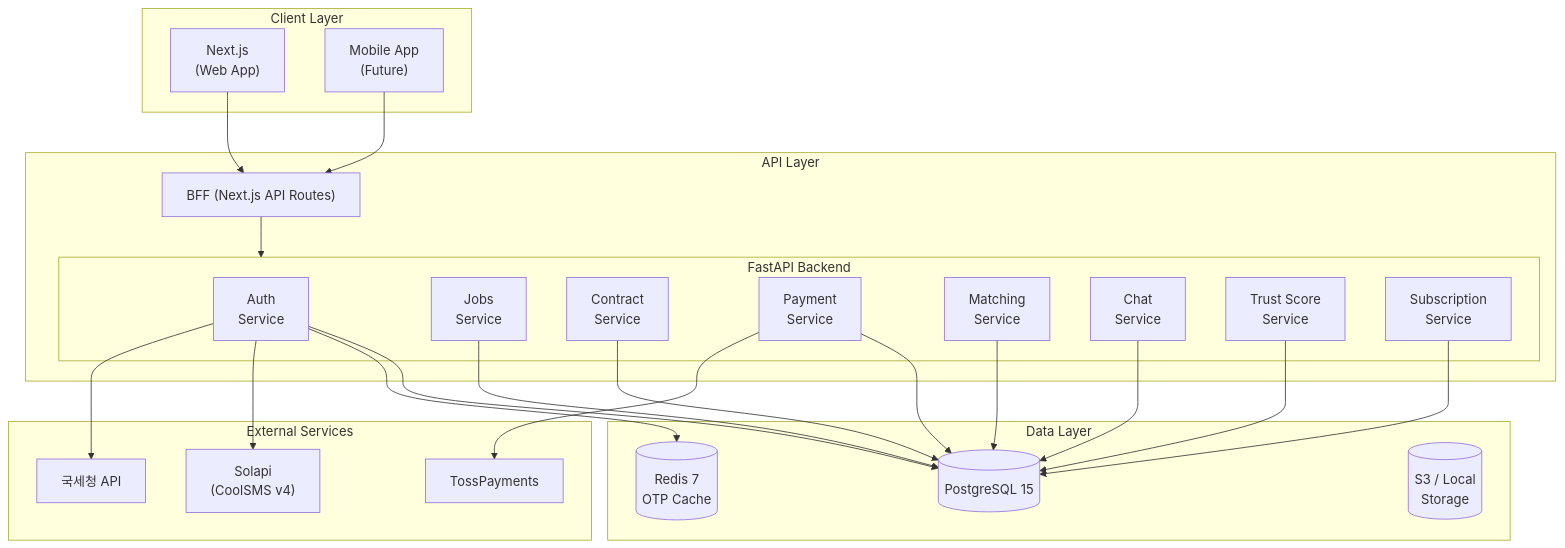
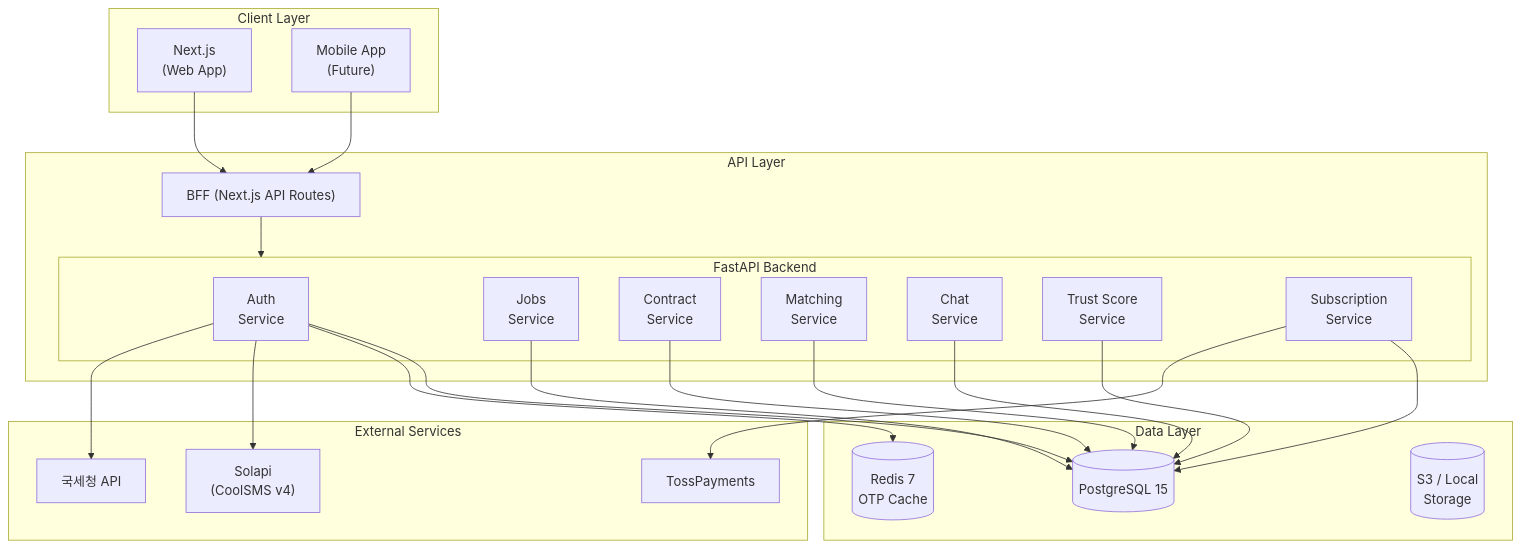
The first of 7 diagrams in README.md (MaduJoe/PilaMatch), drawn with Mermaid before and after one commit. The commit also changed other lines of this file and 1 other file, not shown here.

````diff
--- a/README.md
+++ b/README.md
@@ -1277,41 +1162,40 @@
 ```mermaid
 flowchart TB
     subgraph Client["Client Layer"]
         Web["Next.js<br/>(Web App)"]
         Mobile["Mobile App<br/>(Future)"]
     end
 
     subgraph API["API Layer"]
         BFF["BFF (Next.js API Routes)"]
         subgraph FastAPI["FastAPI Backend"]
             Auth["Auth<br/>Service"]
             Jobs["Jobs<br/>Service"]
             Contract["Contract<br/>Service"]
-            Payment["Payment<br/>Service"]
             Matching["Matching<br/>Service"]
             Chat["Chat<br/>Service"]
             Trust["Trust Score<br/>Service"]
             Sub["Subscription<br/>Service"]
         end
     end
 
     subgraph Data["Data Layer"]
         PostgreSQL[(PostgreSQL 15)]
         Redis[(Redis 7<br/>OTP Cache)]
         S3[(S3 / Local<br/>Storage)]
     end
 
     subgraph External["External Services"]
         Toss["TossPayments"]
         SMS["Solapi<br/>(CoolSMS v4)"]
         NTS["국세청 API"]
     end
 
     Web & Mobile --> BFF
     BFF --> FastAPI
-    Auth & Jobs & Contract & Payment & Matching & Chat & Trust & Sub --> PostgreSQL
+    Auth & Jobs & Contract & Matching & Chat & Trust & Sub --> PostgreSQL
     Auth --> Redis
-    Payment --> Toss
+    Sub --> Toss
     Auth --> SMS
     Auth --> NTS
 ```
````
